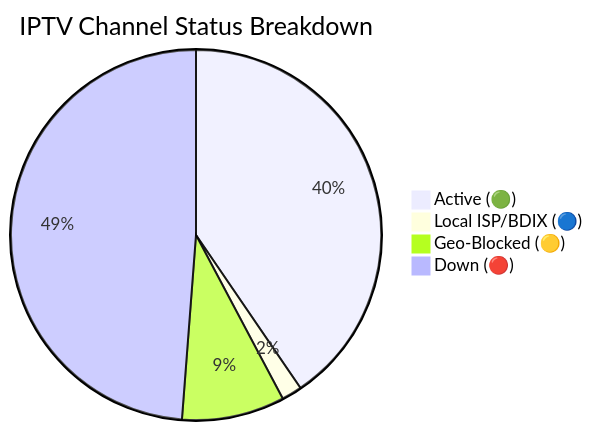
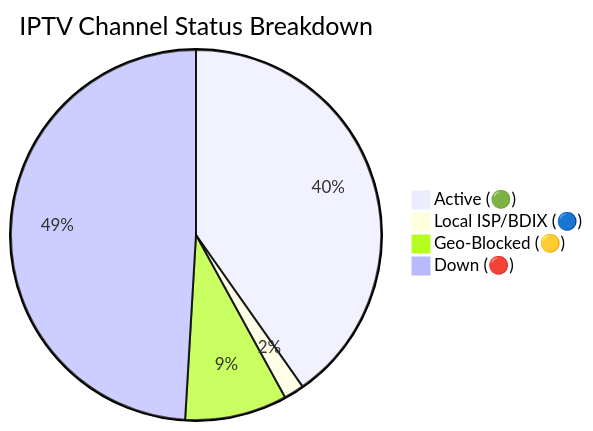
Before and after one commit to andreataylord/Ip-tv-Collection: the diagram in README.md, drawn with Mermaid. The commit also changed other lines of this file and 1 other file, not shown here.

Commit message:
docs(readme): auto-update daily channel status chart

````diff
--- a/README.md
+++ b/README.md
@@ -59,7 +59,7 @@
 ```mermaid
 pie title IPTV Channel Status Breakdown
-    "Active (🟢)" : 2922
+    "Active (🟢)" : 2906
     "Local ISP/BDIX (🔵)" : 128
-    "Geo-Blocked (🟡)" : 648
-    "Down (🔴)" : 3523
+    "Geo-Blocked (🟡)" : 644
+    "Down (🔴)" : 3543
 ```
````
